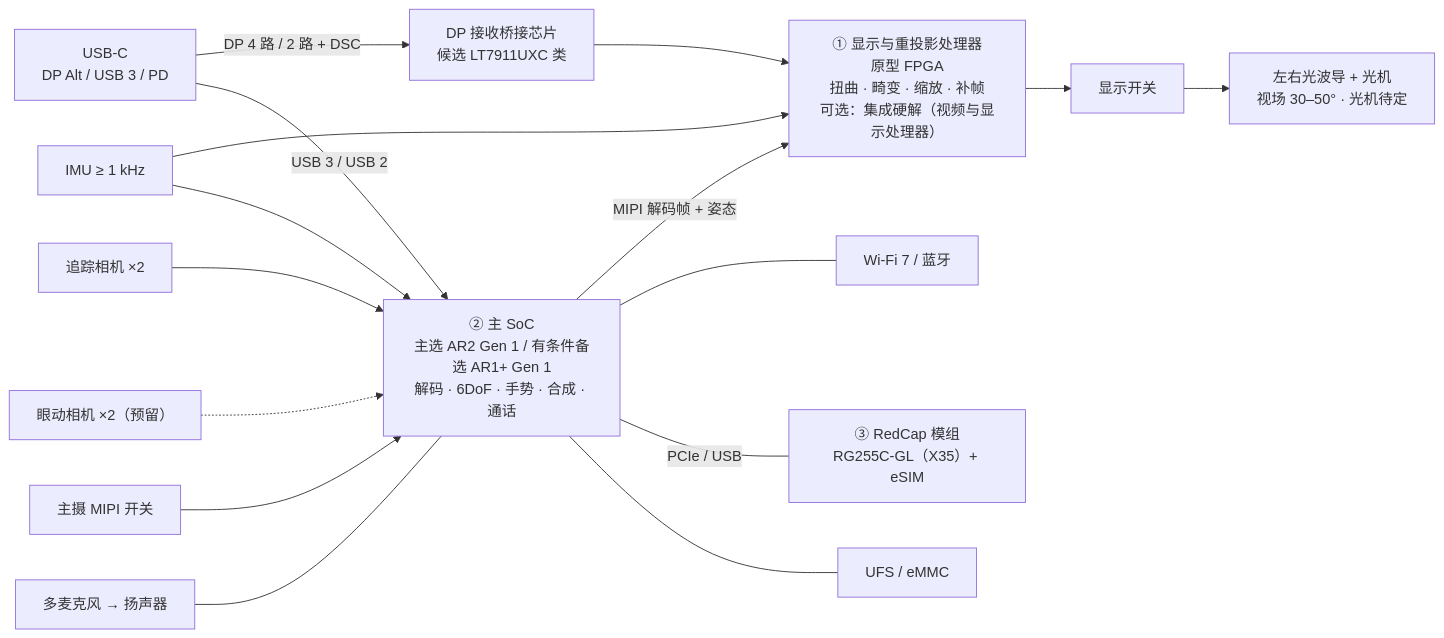
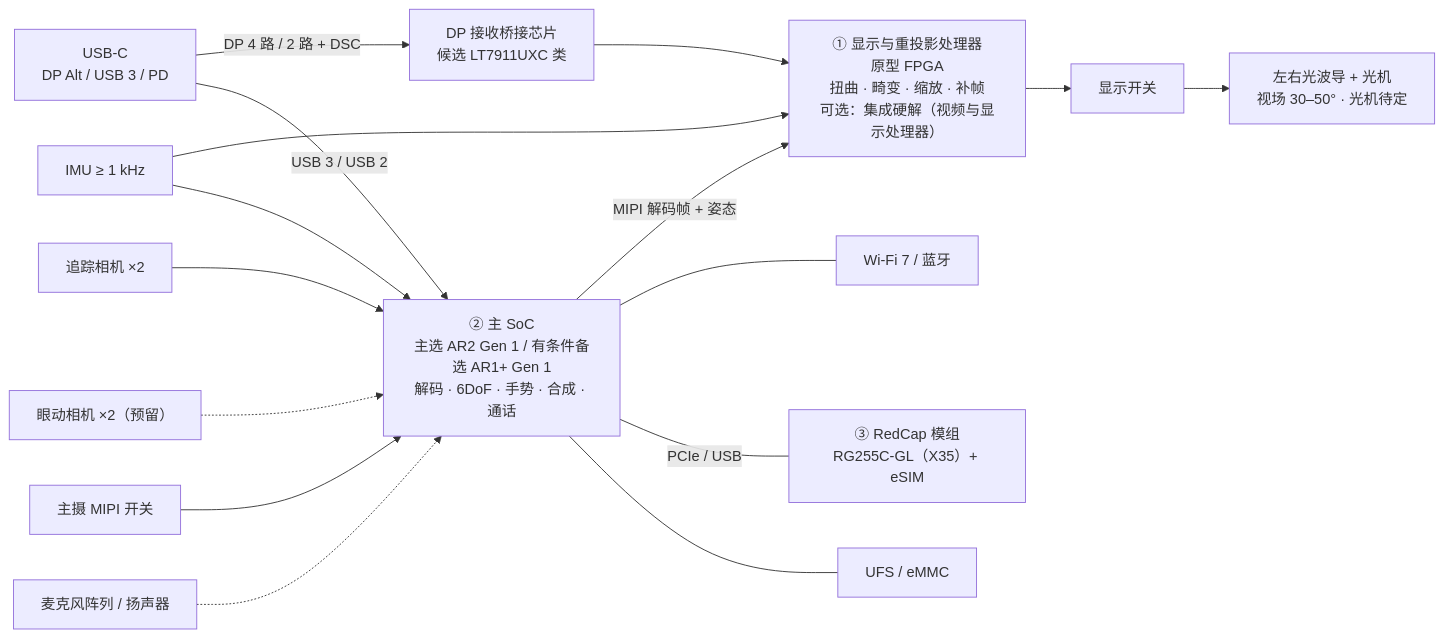
Before and after one commit to jodancain/independent-cellular-ai-glasses: the second of 9 diagrams in docs/system-architecture.md, drawn with Mermaid. The commit also changed other lines of this file and 9 other files, not shown here.

````diff
--- a/docs/system-architecture.md
+++ b/docs/system-architecture.md
@@ -79,30 +79,30 @@
 ```mermaid
 flowchart LR
   USBC["USB-C<br/>DP Alt / USB 3 / PD"]
   DPRX["DP 接收桥接芯片<br/>候选 LT7911UXC 类"]
   DPU["① 显示与重投影处理器<br/>原型 FPGA<br/>扭曲 · 畸变 · 缩放 · 补帧<br/>可选：集成硬解（视频与显示处理器）"]
   DSW["显示开关"]
   OPT["左右光波导 + 光机<br/>视场 30–50° · 光机待定"]
   SOC["② 主 SoC<br/>主选 AR2 Gen 1 / 有条件备选 AR1+ Gen 1<br/>解码 · 6DoF · 手势 · 合成 · 通话"]
   WIFI["Wi-Fi 7 / 蓝牙"]
   CELL["③ RedCap 模组<br/>RG255C-GL（X35）+ eSIM"]
   UFS["UFS / eMMC"]
   IMU["IMU ≥ 1 kHz"]
   TRK["追踪相机 ×2"]
   EYE["眼动相机 ×2（预留）"]
   CSW["主摄 MIPI 开关"]
-  MIC["多麦克风 → 扬声器"]
+  MIC["麦克风阵列 / 扬声器"]
 
   USBC -- "DP 4 路 / 2 路 + DSC" --> DPRX --> DPU --> DSW --> OPT
   USBC -- "USB 3 / USB 2" --> SOC
   SOC -- "MIPI 解码帧 + 姿态" --> DPU
   IMU --> DPU
   IMU --> SOC
   TRK --> SOC
   EYE -.-> SOC
   CSW --> SOC
-  MIC --- SOC
+  MIC -.-> SOC
   SOC --- WIFI
   SOC -- "PCIe / USB" --- CELL
   SOC --- UFS
 ```
````
